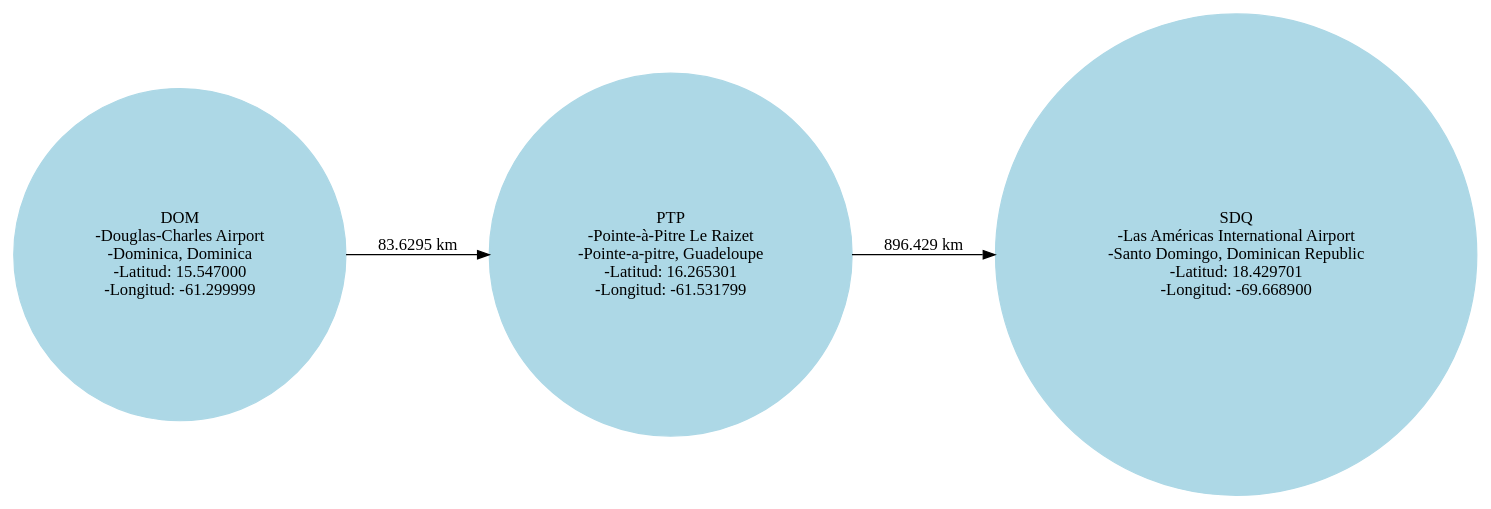
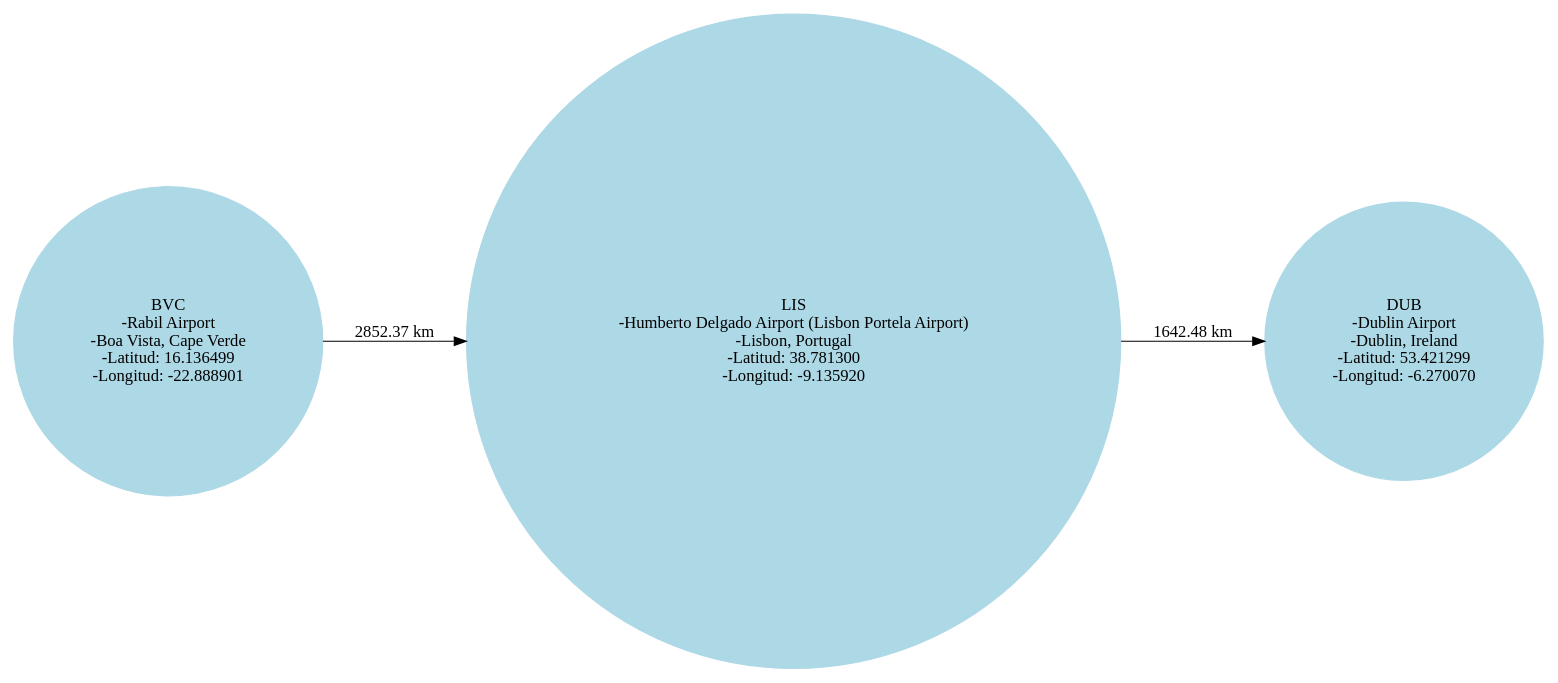
Before and after one commit to AKKO98/LABORATORIO-2-ED2: the diagram in camino.dot, drawn with Graphviz. The commit also changed 4 other files, not shown here.

```diff
--- a/camino.dot
+++ b/camino.dot
@@ -1,6 +1,6 @@
 digraph G {
 rankdir=LR;
 node [shape=circle, style=filled, color=lightblue];
-"DOM\n -Douglas-Charles Airport\n -Dominica, Dominica\n -Latitud: 15.547000\n-Longitud: -61.299999" -> "PTP\n -Pointe-à-Pitre Le Raizet\n -Pointe-a-pitre, Guadeloupe\n -Latitud: 16.265301\n-Longitud: -61.531799" [label="83.6295 km"];
-"PTP\n -Pointe-à-Pitre Le Raizet\n -Pointe-a-pitre, Guadeloupe\n -Latitud: 16.265301\n-Longitud: -61.531799" -> "SDQ\n -Las Américas International Airport\n -Santo Domingo, Dominican Republic\n -Latitud: 18.429701\n-Longitud: -69.668900" [label="896.429 km"];
+"BVC\n -Rabil Airport\n -Boa Vista, Cape Verde\n -Latitud: 16.136499\n-Longitud: -22.888901" -> "LIS\n -Humberto Delgado Airport (Lisbon Portela Airport)\n -Lisbon, Portugal\n -Latitud: 38.781300\n-Longitud: -9.135920" [label="2852.37 km"];
+"LIS\n -Humberto Delgado Airport (Lisbon Portela Airport)\n -Lisbon, Portugal\n -Latitud: 38.781300\n-Longitud: -9.135920" -> "DUB\n -Dublin Airport\n -Dublin, Ireland\n -Latitud: 53.421299\n-Longitud: -6.270070" [label="1642.48 km"];
 }
```
